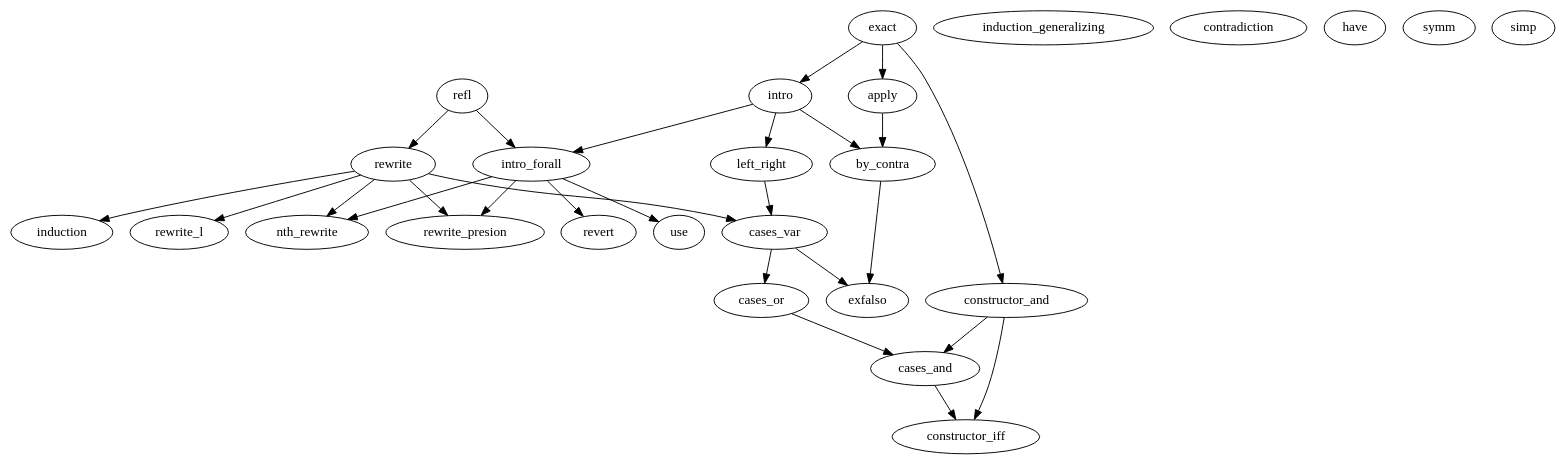
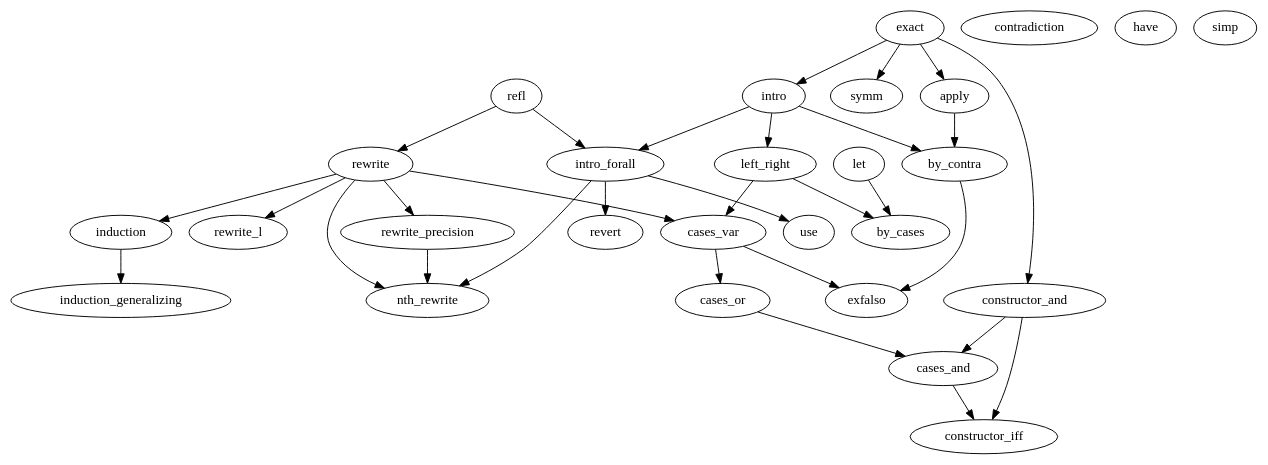
One commit to YouRancestor/MathProofGame_Levels changed the diagram in DepGraph/Tutorial.dot. Above: the diagram before and after it, drawn with Graphviz.

Commit message:
更新 Tutorial 章依赖关系图 - 添加 by_cases, induction_generalizing, let - 调整依赖关系

```diff
--- a/DepGraph/Tutorial.dot
+++ b/DepGraph/Tutorial.dot
@@ -1,80 +1,85 @@
 digraph tactic_dep {
     refl
     
     rewrite
     refl -> rewrite
 
     rewrite_l
     {rewrite} -> rewrite_l
 
-    rewrite_presion
-    {rewrite; intro_forall} -> rewrite_presion
+    rewrite_precision
+    {rewrite} -> rewrite_precision
 
     nth_rewrite
-    {rewrite; intro_forall} -> nth_rewrite
+    {rewrite; rewrite_precision; intro_forall/*认识∀符号*/} -> nth_rewrite
 
     exact
 
     apply
     exact -> apply
 
     intro
     {exact} -> intro
 
     intro_forall
     {intro; refl} -> intro_forall
 
     constructor_and
     {exact} -> constructor_and
 
     constructor_iff
     {constructor_and; cases_and} -> constructor_iff
 
     left_right
     {intro} -> left_right
 
     cases_var
     {rewrite; left_right} -> cases_var
 
     cases_or
     {cases_var} -> cases_or
 
     cases_and
     {cases_or; constructor_and} -> cases_and
 
     // TODO
-    // by_cases
-    // {left_right} -> by_cases
+    by_cases
+    {left_right; let} -> by_cases
 
     induction
     {rewrite} -> induction
 
     // TODO
     induction_generalizing
+    {induction} -> induction_generalizing
 
     by_contra
     {intro; apply} -> by_contra
 
     exfalso
     {cases_var; by_contra} -> exfalso
 
     revert
     {intro_forall} -> revert
 
     use
     {intro_forall} -> use
 
     // TODO
     contradiction
 
     // TODO
     have
 
     // TODO
+    let
+
+    // TODO
     symm
+    {exact} -> symm
 
     // TODO
     simp // 高级
 
     // split
 }
```
